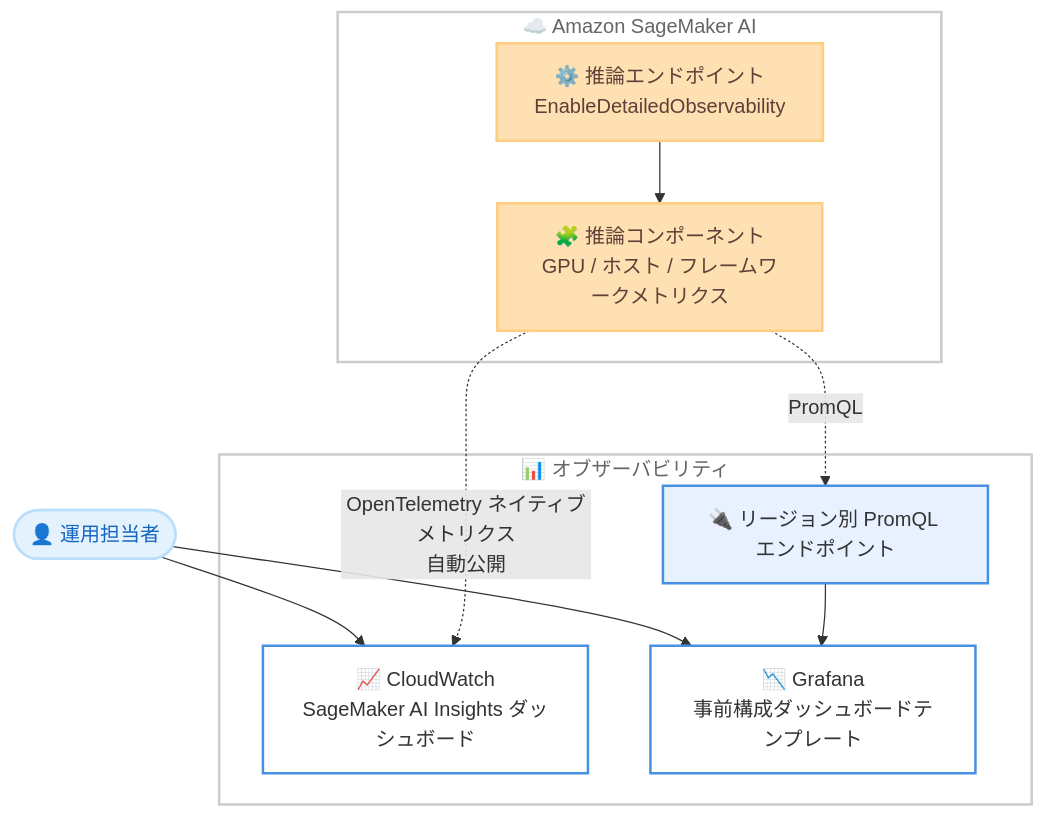
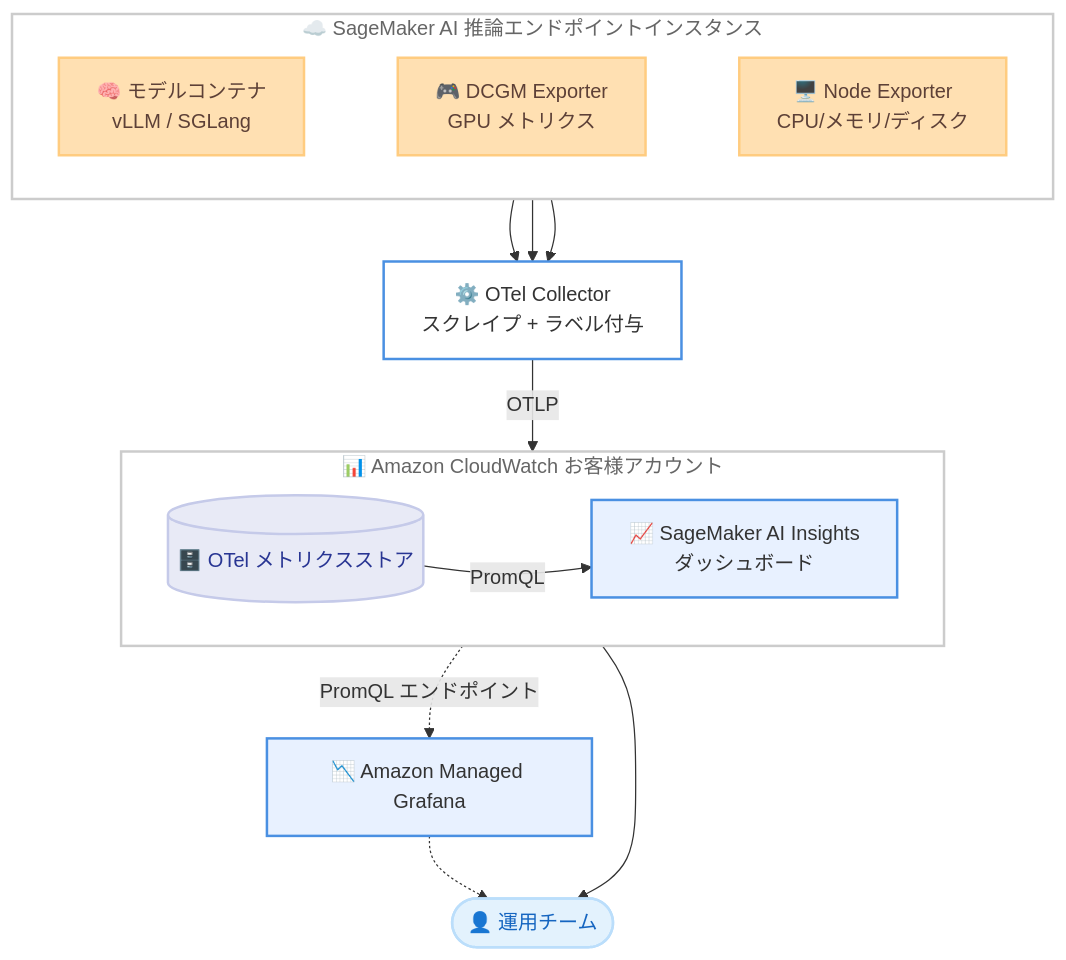
The diagram in reports/2026/2026-06-18-amazon-sagemaker-ai-inference.md (takech9203/aws-news-summary), drawn with Mermaid before and after one commit. The commit also changed other lines of this file and 27 other files, not shown here.

````diff
--- a/reports/2026/2026-06-18-amazon-sagemaker-ai-inference.md
+++ b/reports/2026/2026-06-18-amazon-sagemaker-ai-inference.md
@@ -36,33 +33,45 @@
 ```mermaid
 flowchart TD
-    subgraph SageMaker["☁️ Amazon SageMaker AI"]
-        Endpoint["⚙️ 推論エンドポイント<br/>EnableDetailedObservability"]
-        IC["🧩 推論コンポーネント<br/>GPU / ホスト / フレームワークメトリクス"]
+    subgraph Endpoint["☁️ SageMaker AI 推論エンドポイントインスタンス"]
+        direction LR
+        MC["🧠 モデルコンテナ<br/>vLLM / SGLang"]
+        DCGM["🎮 DCGM Exporter<br/>GPU メトリクス"]
+        NODE["🖥️ Node Exporter<br/>CPU/メモリ/ディスク"]
+        MC ~~~ DCGM ~~~ NODE
     end
 
-    subgraph Observability["📊 オブザーバビリティ"]
-        CW["📈 CloudWatch<br/>SageMaker AI Insights ダッシュボード"]
-        PromQL["🔌 リージョン別 PromQL エンドポイント"]
-        Grafana["📉 Grafana<br/>事前構成ダッシュボードテンプレート"]
+    OTEL["⚙️ OTel Collector<br/>スクレイプ + ラベル付与"]
+
+    subgraph CW["📊 Amazon CloudWatch お客様アカウント"]
+        direction LR
+        STORE[("🗄️ OTel メトリクスストア")]
+        DASH["📈 SageMaker AI Insights<br/>ダッシュボード"]
+        STORE ~~~ DASH
     end
 
-    User(["👤 運用担当者"]) --> CW
-    User --> Grafana
+    Grafana["📉 Amazon Managed Grafana"]
+    User(["👤 運用チーム"])
 
-    Endpoint --> IC
-    IC -.->|OpenTelemetry ネイティブメトリクス<br/>自動公開| CW
-    IC -.->|PromQL| PromQL
-    PromQL --> Grafana
+    MC --> OTEL
+    DCGM --> OTEL
+    NODE --> OTEL
+    OTEL -->|OTLP| STORE
+    STORE -->|PromQL| DASH
+    STORE -.->|PromQL エンドポイント| Grafana
+    DASH --> User
+    Grafana -.-> User
 
     classDef cloud fill:none,stroke:#CCCCCC,stroke-width:2px,color:#666666
     classDef compute fill:#FFE0B2,stroke:#FFCC80,stroke-width:2px,color:#5D4037
+    classDef storage fill:#E8EAF6,stroke:#C5CAE9,stroke-width:2px,color:#283593
     classDef process fill:#FFFFFF,stroke:#4A90E2,stroke-width:2px,color:#333333
     classDef internal fill:#E8F1FF,stroke:#4A90E2,stroke-width:2px,color:#333333
     classDef user fill:#E3F2FD,stroke:#BBDEFB,stroke-width:2px,color:#1565C0
 
-    class SageMaker,Observability cloud
-    class Endpoint,IC compute
-    class CW,Grafana process
-    class PromQL internal
+    class Endpoint,CW cloud
+    class MC,DCGM,NODE compute
+    class STORE storage
+    class OTEL process
+    class DASH,Grafana internal
     class User user
 ```
````
